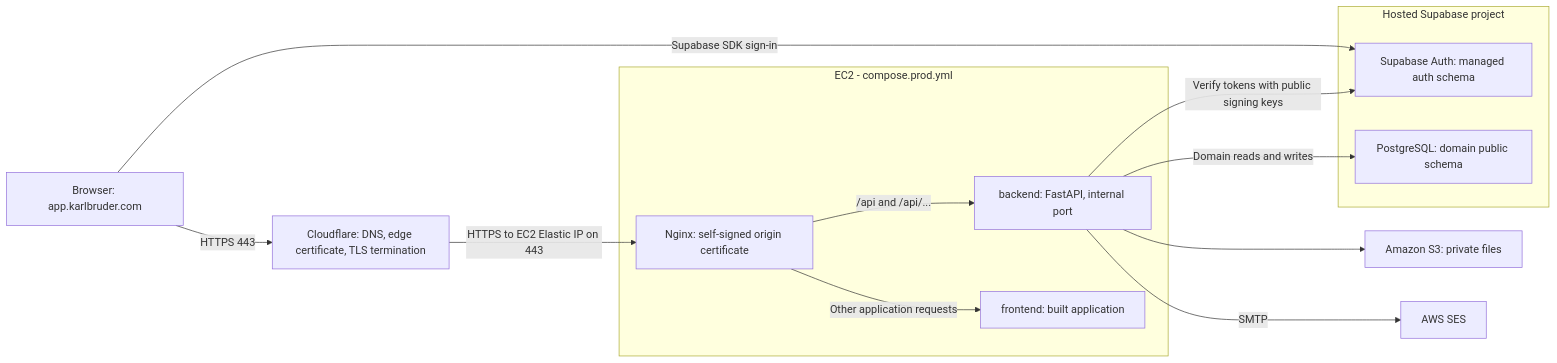
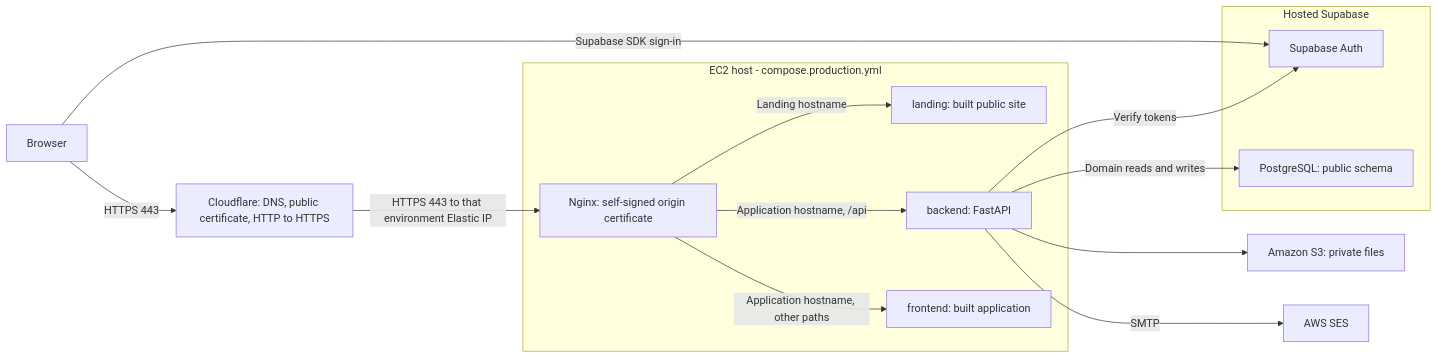
The second of 3 diagrams in specs/architecture.md (karlbruder/karlbruder_monorepo), drawn with Mermaid before and after one commit. The commit also changed other lines of this file and 11 other files, not shown here.

````diff
--- a/specs/architecture.md
+++ b/specs/architecture.md
@@ -51,18 +59,20 @@
 ```mermaid
 flowchart LR
-    Browser["Browser: app.karlbruder.com"] -->|HTTPS 443| Cloudflare["Cloudflare: DNS, edge certificate, TLS termination"]
-    Cloudflare -->|HTTPS to EC2 Elastic IP on 443| Nginx
-    subgraph Production["EC2 - compose.prod.yml"]
-        Nginx["Nginx: self-signed origin certificate"] -->|/api and /api/...| Backend["backend: FastAPI, internal port"]
-        Nginx -->|Other application requests| Frontend["frontend: built application"]
+    Browser["Browser"] -->|HTTPS 443| Cloudflare["Cloudflare: DNS, public certificate, HTTP to HTTPS"]
+    Cloudflare -->|HTTPS 443 to that environment Elastic IP| Nginx
+    subgraph Host["EC2 host - compose.production.yml"]
+        Nginx["Nginx: self-signed origin certificate"]
+        Nginx -->|Landing hostname| Landing["landing: built public site"]
+        Nginx -->|Application hostname, /api| Backend["backend: FastAPI"]
+        Nginx -->|Application hostname, other paths| Frontend["frontend: built application"]
     end
-    subgraph Supabase["Hosted Supabase project"]
-        Auth["Supabase Auth: managed auth schema"]
-        Database["PostgreSQL: domain public schema"]
+    subgraph Supabase["Hosted Supabase"]
+        Auth["Supabase Auth"]
+        Database["PostgreSQL: public schema"]
     end
     Browser -->|Supabase SDK sign-in| Auth
-    Backend -->|Verify tokens with public signing keys| Auth
+    Backend -->|Verify tokens| Auth
     Backend -->|Domain reads and writes| Database
     Backend --> Storage["Amazon S3: private files"]
     Backend -->|SMTP| Email["AWS SES"]
 ```
````
